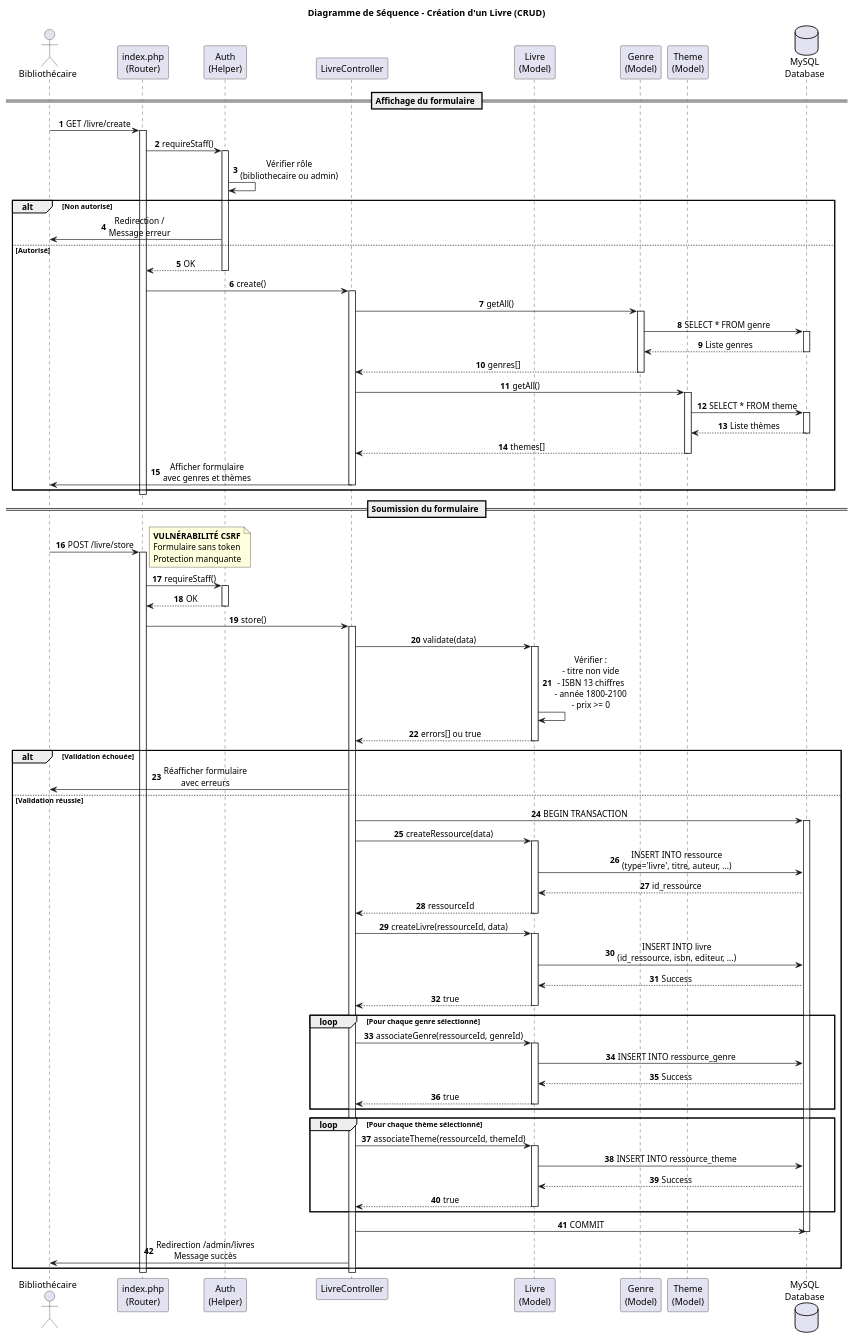
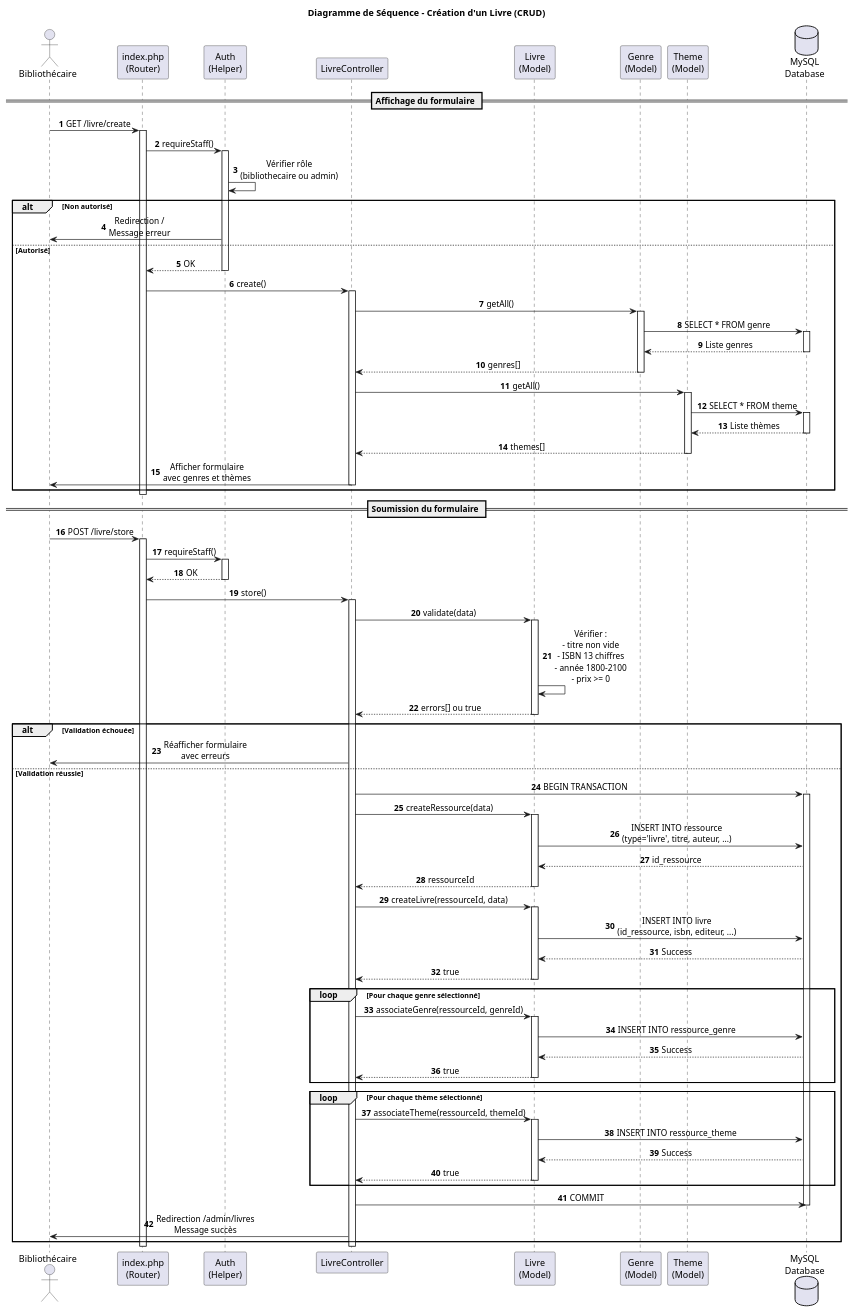
Before and after one commit to MGio12/mediatheque: the diagram in documentation/diagrammes/05-sequence-crud-livre.puml, drawn with PlantUML. The commit also changed 17 other files, not shown here.

Commit message:
perfectionnement des diagrammes

```diff
--- a/documentation/diagrammes/05-sequence-crud-livre.puml
+++ b/documentation/diagrammes/05-sequence-crud-livre.puml
@@ -1,129 +1,124 @@
 @startuml Sequence Diagram - CRUD Livre
 
 ' Configuration
 skinparam sequenceMessageAlign center
+skinparam responseMessageBelowArrow true
 autonumber
 
 title Diagramme de Séquence - Création d'un Livre (CRUD)
 
 actor "Bibliothécaire" as biblio
 participant "index.php\n(Router)" as router
 participant "Auth\n(Helper)" as auth
 participant LivreController as controller
 participant "Livre\n(Model)" as livreModel
 participant "Genre\n(Model)" as genreModel
 participant "Theme\n(Model)" as themeModel
 database "MySQL\nDatabase" as db
 
 == Affichage du formulaire ==
 biblio -> router : GET /livre/create
 activate router
 
 router -> auth : requireStaff()
 activate auth
 auth -> auth : Vérifier rôle\n(bibliothecaire ou admin)
 alt Non autorisé
   auth -> biblio : Redirection /\nMessage erreur
 else Autorisé
   auth --> router : OK
   deactivate auth
 
   router -> controller : create()
   activate controller
 
   controller -> genreModel : getAll()
   activate genreModel
   genreModel -> db : SELECT * FROM genre
   activate db
   db --> genreModel : Liste genres
   deactivate db
   genreModel --> controller : genres[]
   deactivate genreModel
 
   controller -> themeModel : getAll()
   activate themeModel
   themeModel -> db : SELECT * FROM theme
   activate db
   db --> themeModel : Liste thèmes
   deactivate db
   themeModel --> controller : themes[]
   deactivate themeModel
 
   controller -> biblio : Afficher formulaire\navec genres et thèmes
   deactivate controller
 end
 deactivate router
 
 == Soumission du formulaire ==
 biblio -> router : POST /livre/store
 activate router
-
-note right
-  **VULNÉRABILITÉ CSRF**
-  Formulaire sans token
-  Protection manquante
-end note
 
 router -> auth : requireStaff()
 activate auth
 auth --> router : OK
 deactivate auth
 
 router -> controller : store()
 activate controller
 
 controller -> livreModel : validate(data)
 activate livreModel
 livreModel -> livreModel : Vérifier :\n- titre non vide\n- ISBN 13 chiffres\n- année 1800-2100\n- prix >= 0
 livreModel --> controller : errors[] ou true
 deactivate livreModel
 
 alt Validation échouée
   controller -> biblio : Réafficher formulaire\navec erreurs
 else Validation réussie
 
   controller -> db : BEGIN TRANSACTION
   activate db
 
   controller -> livreModel : createRessource(data)
   activate livreModel
   livreModel -> db : INSERT INTO ressource\n(type='livre', titre, auteur, ...)
   db --> livreModel : id_ressource
   livreModel --> controller : ressourceId
   deactivate livreModel
 
   controller -> livreModel : createLivre(ressourceId, data)
   activate livreModel
   livreModel -> db : INSERT INTO livre\n(id_ressource, isbn, editeur, ...)
   db --> livreModel : Success
   livreModel --> controller : true
   deactivate livreModel
 
   loop Pour chaque genre sélectionné
     controller -> livreModel : associateGenre(ressourceId, genreId)
     activate livreModel
     livreModel -> db : INSERT INTO ressource_genre
     db --> livreModel : Success
     livreModel --> controller : true
     deactivate livreModel
   end
 
   loop Pour chaque thème sélectionné
     controller -> livreModel : associateTheme(ressourceId, themeId)
     activate livreModel
     livreModel -> db : INSERT INTO ressource_theme
     db --> livreModel : Success
     livreModel --> controller : true
     deactivate livreModel
   end
 
   controller -> db : COMMIT
   deactivate db
 
   controller -> biblio : Redirection /admin/livres\nMessage succès
 end
 
 deactivate controller
 deactivate router
 
 @enduml
```
